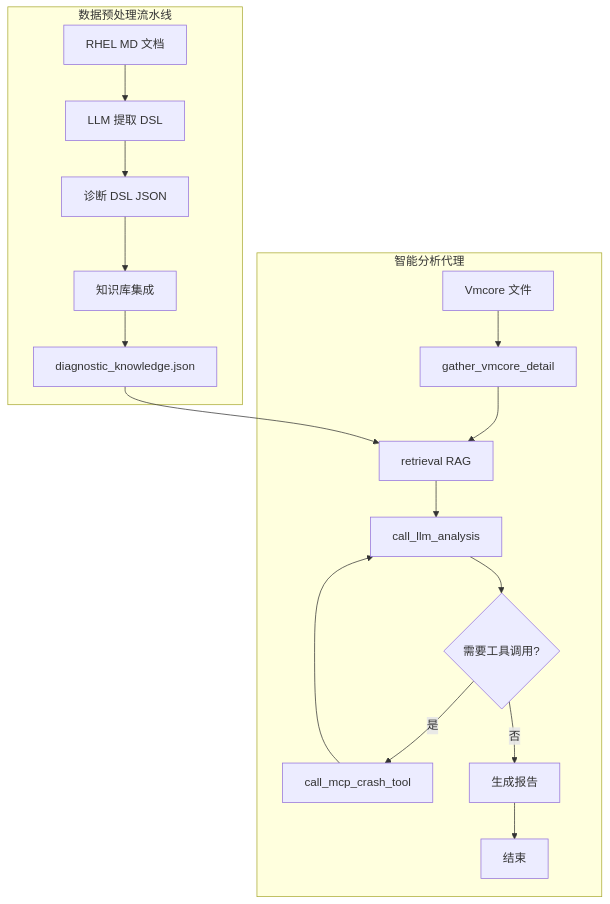
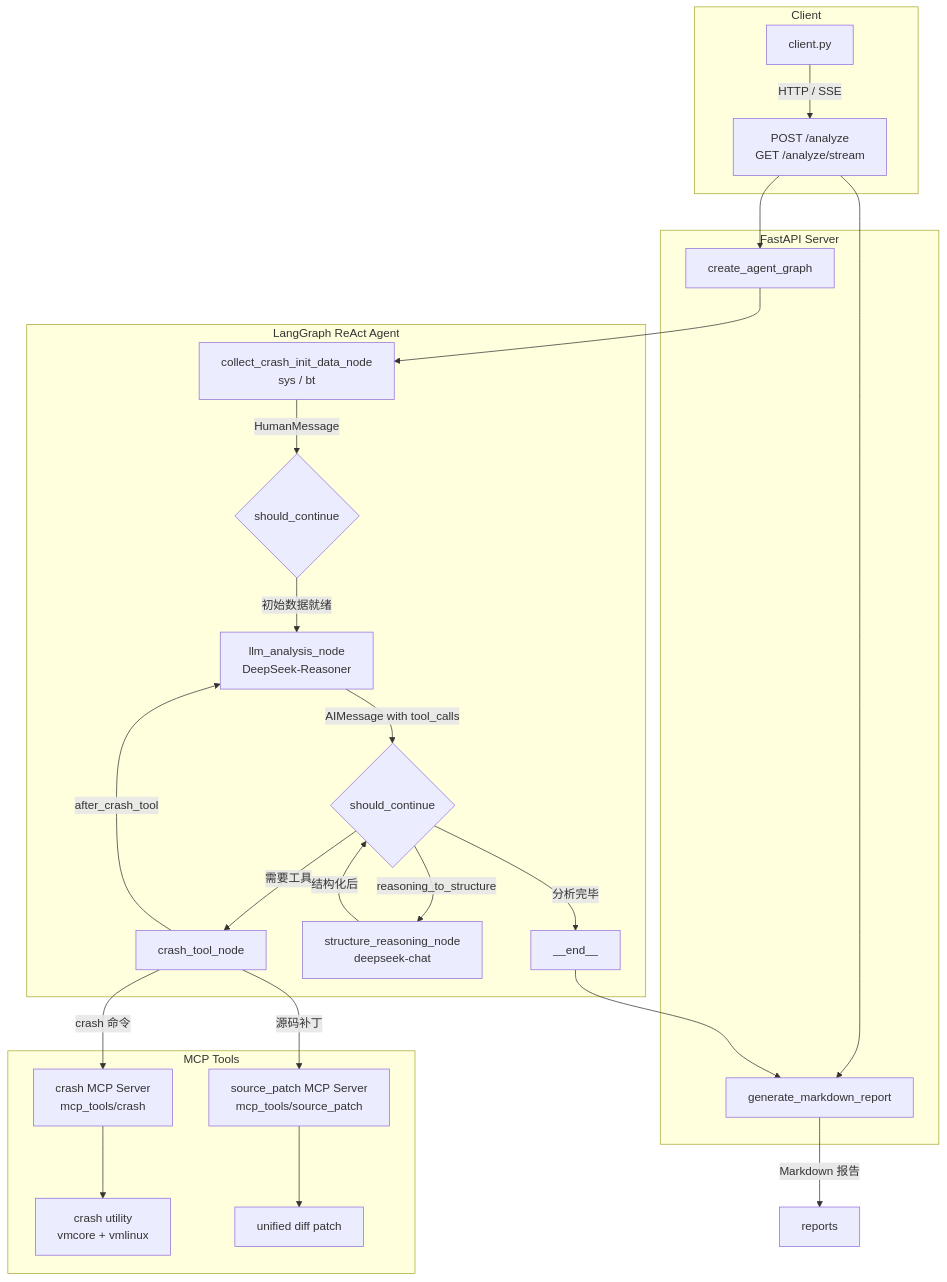
One commit to wubo0067/vmcore-analysis-agent changed the first of 2 diagrams in README.md. Above: the diagram before and after it, drawn with Mermaid. The commit also changed other lines of this file and 61 other files, not shown here.

````diff
--- a/README.md
+++ b/README.md
@@ -17,22 +26,33 @@
 ```mermaid
 graph TB
-    subgraph "数据预处理流水线"
-        A[RHEL MD 文档] --> B[LLM 提取 DSL]
-        B --> C[诊断 DSL JSON]
-        C --> D[知识库集成]
-        D --> E[diagnostic_knowledge.json]
+    subgraph Client
+        A[client.py] -->|HTTP / SSE| B
     end
 
-    subgraph "智能分析代理"
-        F[Vmcore 文件] --> G[gather_vmcore_detail]
-        G --> H[retrieval RAG]
-        H --> I[call_llm_analysis]
-        I --> J{需要工具调用?}
-        J -->|是| K[call_mcp_crash_tool]
-        J -->|否| L[生成报告]
-        K --> I
-        L --> M[结束]
+    subgraph "FastAPI Server"
+        B["POST /analyze\nGET /analyze/stream"] --> C[create_agent_graph]
+        B --> D[generate_markdown_report]
     end
 
-    E --> H
+    subgraph "LangGraph ReAct Agent"
+        C --> E["collect_crash_init_data_node\nsys / bt"]
+        E -->|HumanMessage| F{should_continue}
+        F -->|初始数据就绪| G["llm_analysis_node\nDeepSeek-Reasoner"]
+        G -->|AIMessage with tool_calls| H{should_continue}
+        H -->|需要工具| I[crash_tool_node]
+        H -->|reasoning_to_structure| J["structure_reasoning_node\ndeepseek-chat"]
+        H -->|分析完毕| K[__end__]
+        I -->|after_crash_tool| G
+        J -->|结构化后| H
+    end
+
+    subgraph "MCP Tools"
+        I -->|crash 命令| L["crash MCP Server\nmcp_tools/crash"]
+        I -->|源码补丁| M["source_patch MCP Server\nmcp_tools/source_patch"]
+        L --> N["crash utility\nvmcore + vmlinux"]
+        M --> O[unified diff patch]
+    end
+
+    K --> D
+    D -->|Markdown 报告| P[reports]
 ```
````
